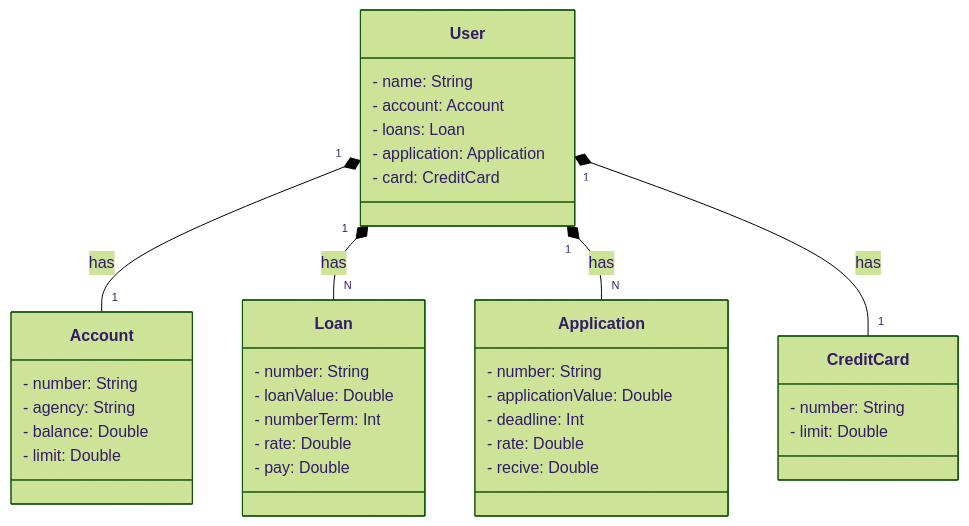
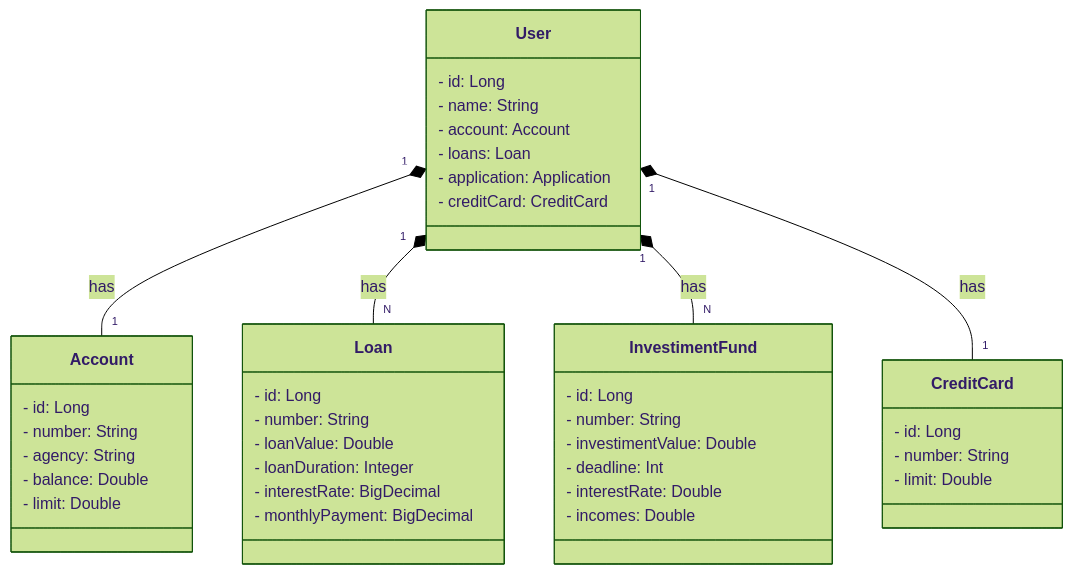
The diagram in README.md (WBNogueira/santander-operacoes-2023), drawn with Mermaid (forest theme) before and after one commit. The commit also changed 1 other file, not shown here.

Commit message:
Acerto no classe InvestimentFound e no README

````diff
--- a/README.md
+++ b/README.md
@@ -6,43 +6,48 @@
 ```mermaid
 classDiagram
     class User {
+        - id: Long
         - name: String
         - account: Account
         - loans: Loan
         - application: Application
-        - card: CreditCard
+        - creditCard: CreditCard
     }
 
     class Account {
+        - id: Long
         - number: String
         - agency: String
         - balance: Double
         - limit: Double
     }
 
     class Loan {
+        - id: Long
         - number: String
         - loanValue: Double
-        - numberTerm: Int
-        - rate: Double
-        - pay: Double
+        - loanDuration: Integer
+        - interestRate: BigDecimal
+        - monthlyPayment: BigDecimal
     }
 
-    class Application {
+    class InvestimentFund {
+        - id: Long
         - number: String
-        - applicationValue: Double
+        - investimentValue: Double
         - deadline: Int
-        - rate: Double
-        - recive: Double
+        - interestRate: Double
+        - incomes: Double
     }
 
     class CreditCard {
+        - id: Long
         - number: String
         - limit: Double
     }
 
     User "1" *-- "1" Account : has
     User "1" *-- "N" Loan : has
-    User "1" *-- "N" Application : has
+    User "1" *-- "N" InvestimentFund : has
     User "1" *-- "1" CreditCard : has
 ```
````
